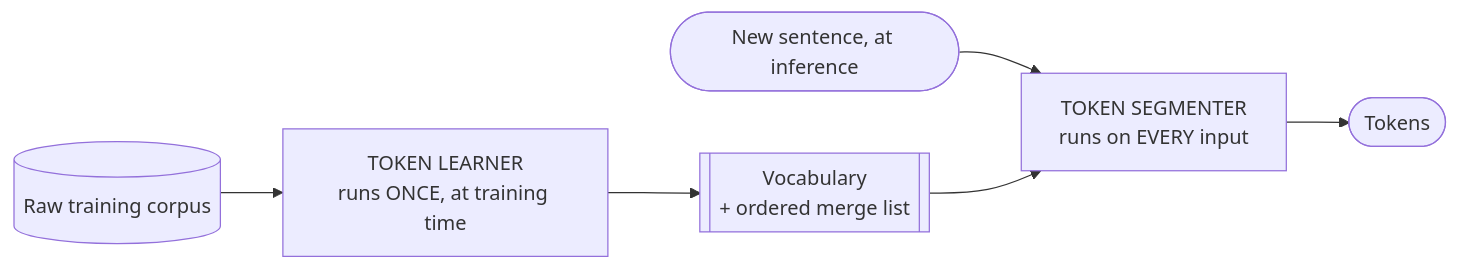
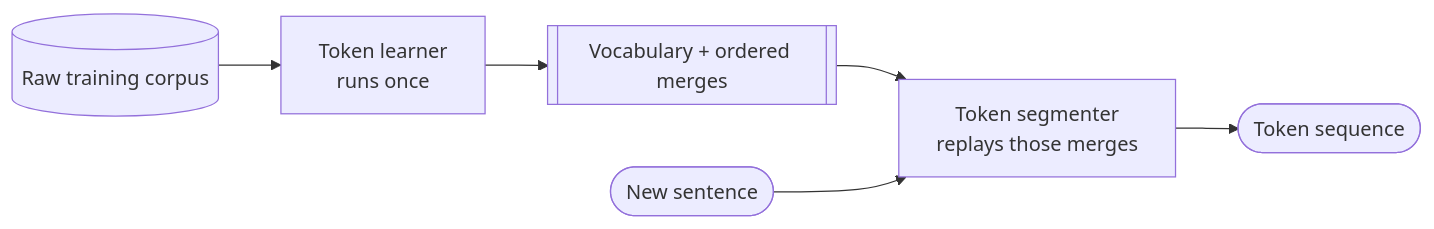
Before and after one commit to sanjaykumarpushadapu/MTech: the third of 7 diagrams in 2026-2027-Sem1/_shared/tokenization.md, drawn with Mermaid. The commit also changed other lines of this file, not shown here.

````diff
--- a/2026-2027-Sem1/_shared/tokenization.md
+++ b/2026-2027-Sem1/_shared/tokenization.md
@@ -133,8 +137,8 @@
 ```mermaid
 flowchart LR
-    C[(Raw training corpus)] --> TL["TOKEN LEARNER<br/>runs ONCE, at training time"]
-    TL --> VOC[["Vocabulary<br/>+ ordered merge list"]]
-    NEW(["New sentence, at inference"]) --> TS["TOKEN SEGMENTER<br/>runs on EVERY input"]
-    VOC --> TS
-    TS --> OUT([Tokens])
+    C[(Raw training corpus)] --> TL["Token learner<br/>runs once"]
+    TL --> VOC[["Vocabulary + ordered merges"]]
+    VOC --> TS["Token segmenter<br/>replays those merges"]
+    NEW(["New sentence"]) --> TS
+    TS --> OUT([Token sequence])
 ```
````
